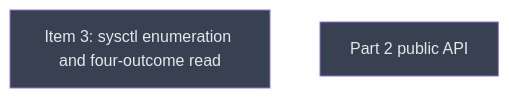
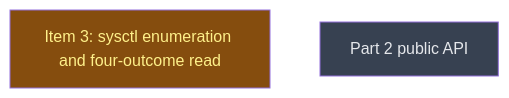
The diagram in __roadmap__/v0214-sandbox/part1/close/part2/README.md (LittleCoinCoin/hypomnesis), drawn with Mermaid before and after one commit. The commit also changed other lines of this file and 1 other file, not shown here.

Commit message:
docs(roadmap): start PR C — part2 and kinfo_enumeration in progress

````diff
--- a/__roadmap__/v0214-sandbox/part1/close/part2/README.md
+++ b/__roadmap__/v0214-sandbox/part1/close/part2/README.md
@@ -23,10 +23,10 @@
 ```mermaid
 graph TD
-    kinfo_enumeration[Item 3: sysctl enumeration and four-outcome read]:::planned
+    kinfo_enumeration[Item 3: sysctl enumeration and four-outcome read]:::inprogress
     api[Part 2 public API]:::planned
     classDef done       fill:#166534,color:#bbf7d0
     classDef inprogress fill:#854d0e,color:#fef08a
     classDef planned    fill:#374151,color:#e5e7eb
     classDef amendment  fill:#1e3a5f,color:#bfdbfe
     classDef blocked    fill:#7f1d1d,color:#fecaca
 ```
````
